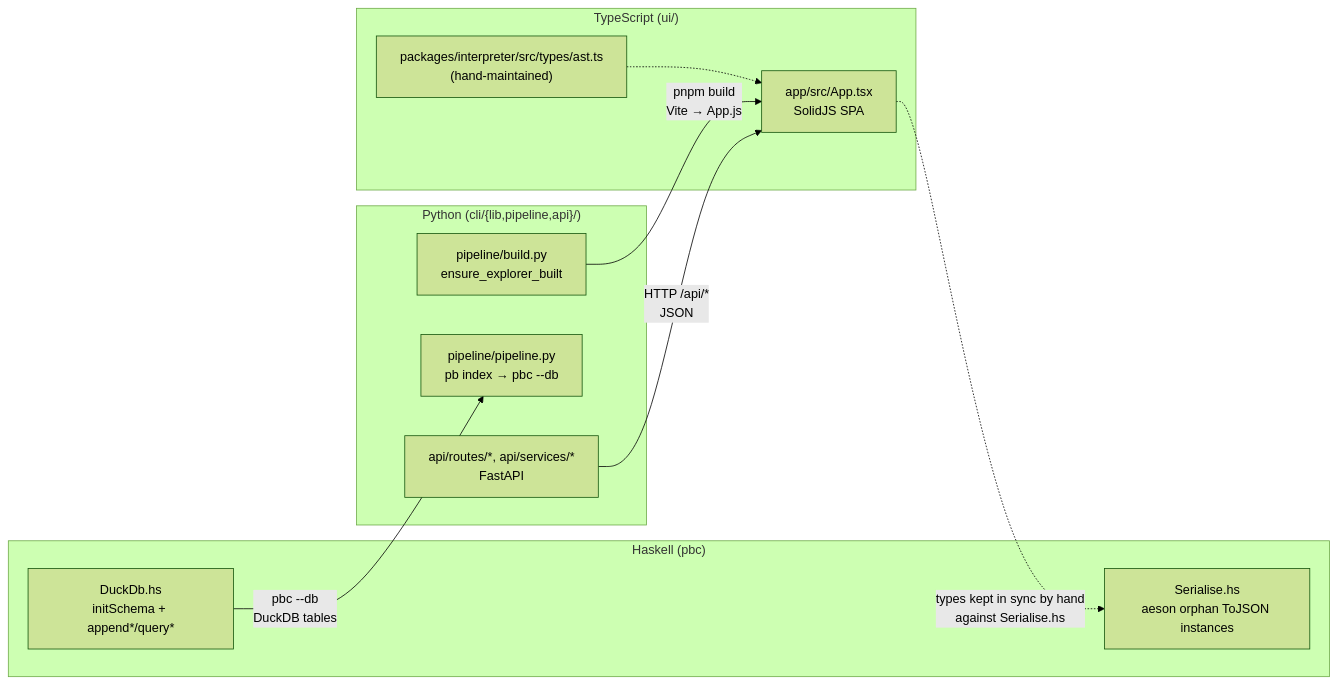
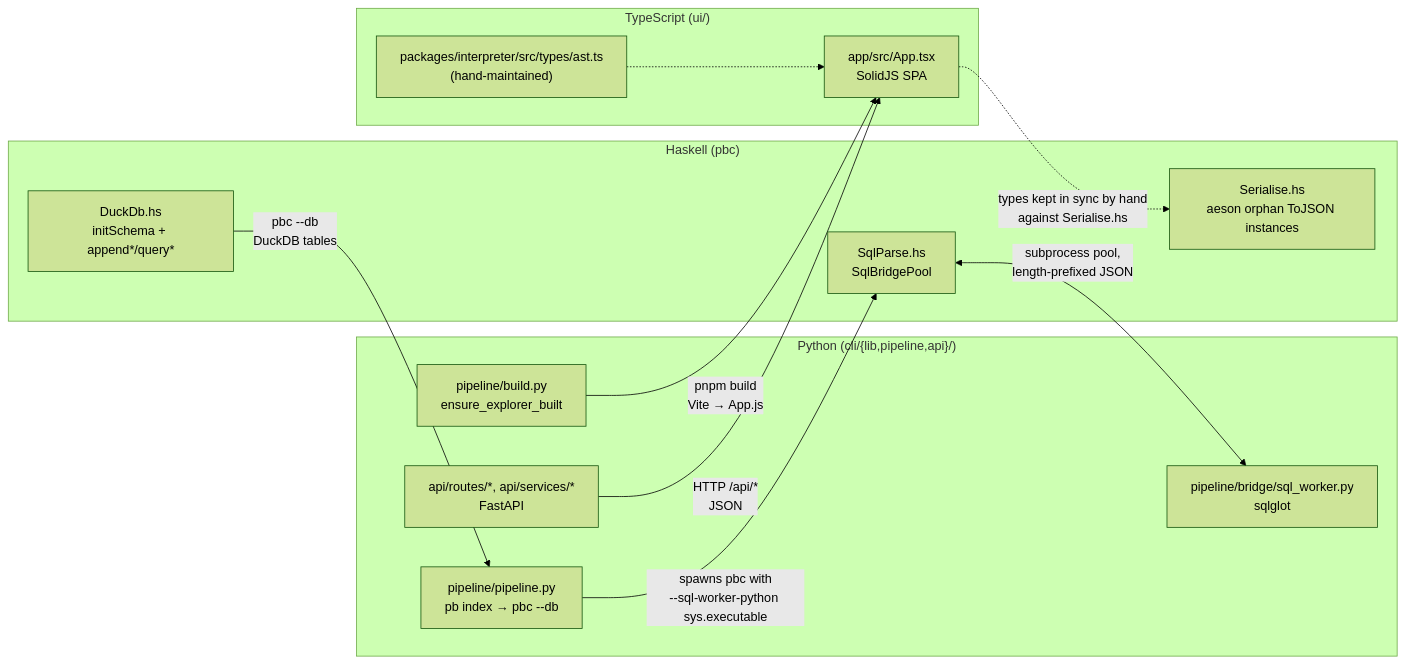
One commit to thomasmarsh/pb changed the second of 2 diagrams in doc/architecture.md. Above: the diagram before and after it, drawn with Mermaid (forest theme). The commit also changed other lines of this file and 3 other files, not shown here.

First line of the commit message:
docs(architecture): fix stale flags/tables, add missing SQL/DDL bridge

````diff
--- a/doc/architecture.md
+++ b/doc/architecture.md
@@ -104,22 +114,26 @@
 ```mermaid
 flowchart LR
     subgraph Haskell["Haskell (pbc)"]
         HS_SER["Serialise.hs\naeson orphan ToJSON instances"]
         HS_DB["DuckDb.hs\ninitSchema + append*/query*"]
+        HS_SQL["SqlParse.hs\nSqlBridgePool"]
     end
     subgraph Python["Python (cli/{lib,pipeline,api}/)"]
         PY_BUILD["pipeline/build.py\nensure_explorer_built"]
         PY_RUN["pipeline/pipeline.py\npb index → pbc --db"]
         PY_API["api/routes/*, api/services/*\nFastAPI"]
+        PY_BRIDGE["pipeline/bridge/sql_worker.py\nsqlglot"]
     end
     subgraph TS["TypeScript (ui/)"]
         TS_TYPES["packages/interpreter/src/types/ast.ts\n(hand-maintained)"]
         TS_APP["app/src/App.tsx\nSolidJS SPA"]
     end
 
     HS_DB -->|"pbc --db\nDuckDB tables"| PY_RUN
+    PY_RUN -->|"spawns pbc with\n--sql-worker-python sys.executable"| HS_SQL
+    HS_SQL <-->|"subprocess pool,\nlength-prefixed JSON"| PY_BRIDGE
     PY_BUILD -->|"pnpm build\nVite → App.js"| TS_APP
     PY_API -->|"HTTP /api/*\nJSON"| TS_APP
     TS_APP -.->|"types kept in sync by hand\nagainst Serialise.hs"| HS_SER
     TS_TYPES -.-> TS_APP
 ```
````
